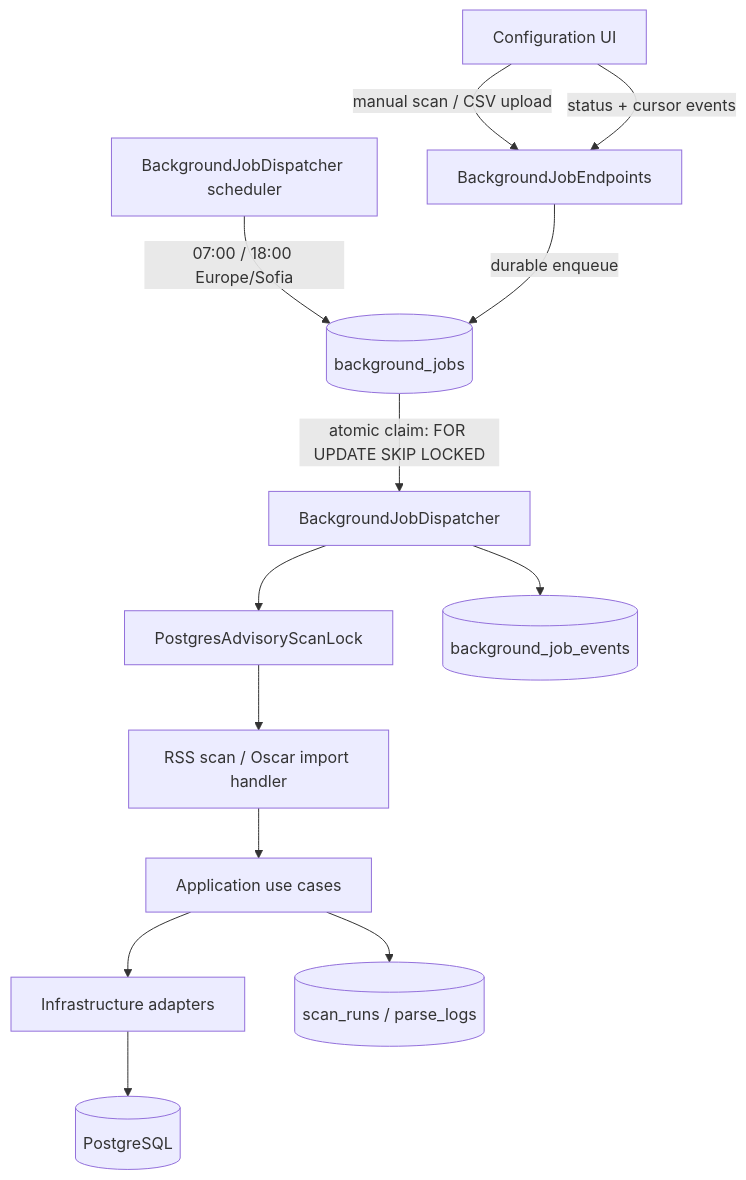
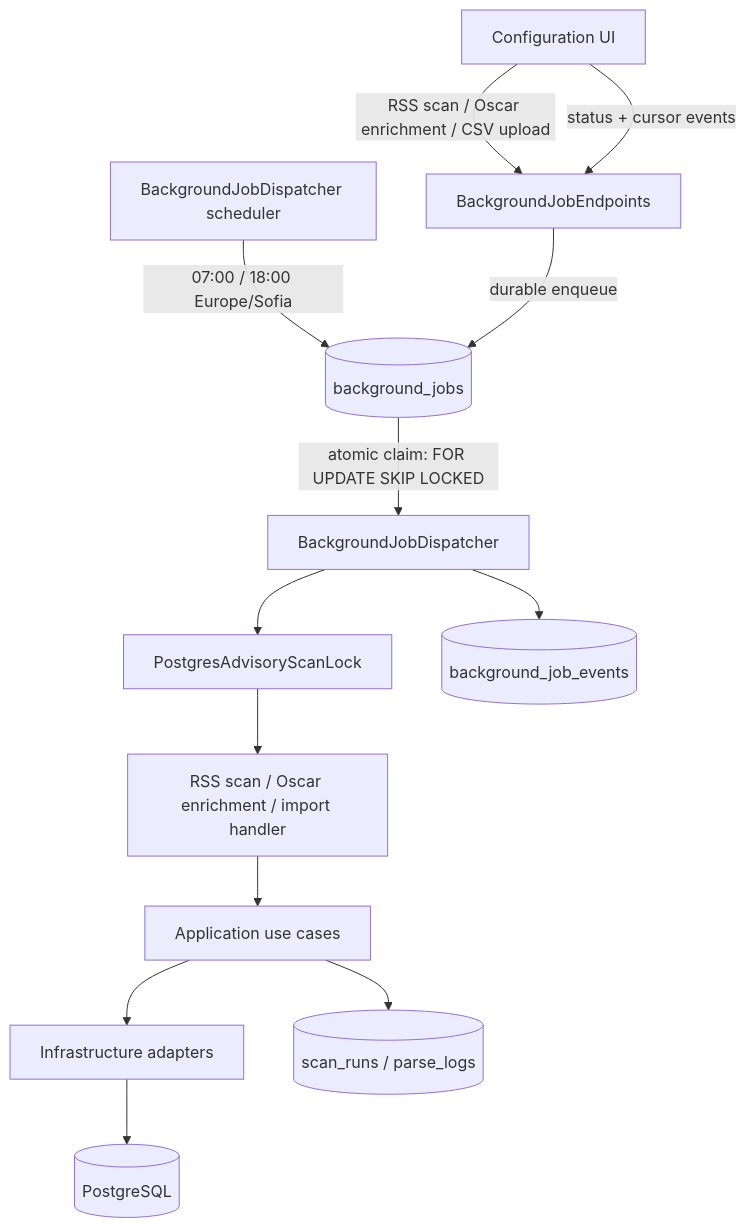
The third of 4 diagrams in docs/ai/ARCHITECTURE.md (ValeriDublekov/MediaDock2.0), drawn with Mermaid before and after one commit. The commit also changed other lines of this file and 16 other files, not shown here.

Commit message:
separate oscar and rss calls

````diff
--- a/docs/ai/ARCHITECTURE.md
+++ b/docs/ai/ARCHITECTURE.md
@@ -55,15 +55,15 @@
 ```mermaid
 flowchart TD
-    ui["Configuration UI"] -->|"manual scan / CSV upload"| routes["BackgroundJobEndpoints"]
+    ui["Configuration UI"] -->|"RSS scan / Oscar enrichment / CSV upload"| routes["BackgroundJobEndpoints"]
     scheduler["BackgroundJobDispatcher scheduler"] -->|"07:00 / 18:00 Europe/Sofia"| queue[("background_jobs")]
     routes -->|"durable enqueue"| queue
     queue -->|"atomic claim: FOR UPDATE SKIP LOCKED"| dispatcher["BackgroundJobDispatcher"]
     dispatcher --> lock["PostgresAdvisoryScanLock"]
-    lock --> handler["RSS scan / Oscar import handler"]
+    lock --> handler["RSS scan / Oscar enrichment / import handler"]
     handler --> app["Application use cases"]
     app --> infra["Infrastructure adapters"]
     infra --> db[("PostgreSQL")]
     dispatcher --> events[("background_job_events")]
     app --> history[("scan_runs / parse_logs")]
     ui -->|"status + cursor events"| routes
 ```
````
